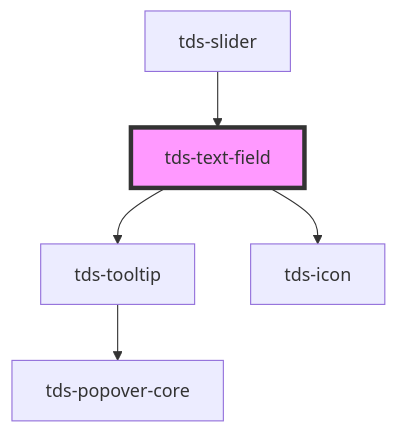
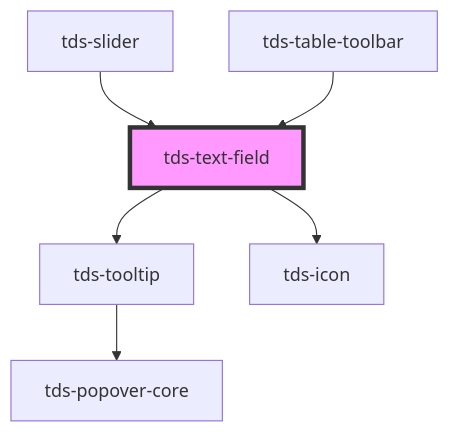
Before and after one commit to scania-digital-design-system/tegel: the diagram in packages/core/src/components/text-field/readme.md, drawn with Mermaid. The commit also changed other lines of this file and 10 other files, not shown here.

Commit message:
fix(tds-text-field, tds-textarea): fix opacity calculation

````diff
--- a/packages/core/src/components/text-field/readme.md
+++ b/packages/core/src/components/text-field/readme.md
@@ -82,8 +83,9 @@
 ```mermaid
 graph TD;
   tds-text-field --> tds-tooltip
   tds-text-field --> tds-icon
   tds-tooltip --> tds-popover-core
   tds-slider --> tds-text-field
+  tds-table-toolbar --> tds-text-field
   style tds-text-field fill:#f9f,stroke:#333,stroke-width:4px
 ```
````
